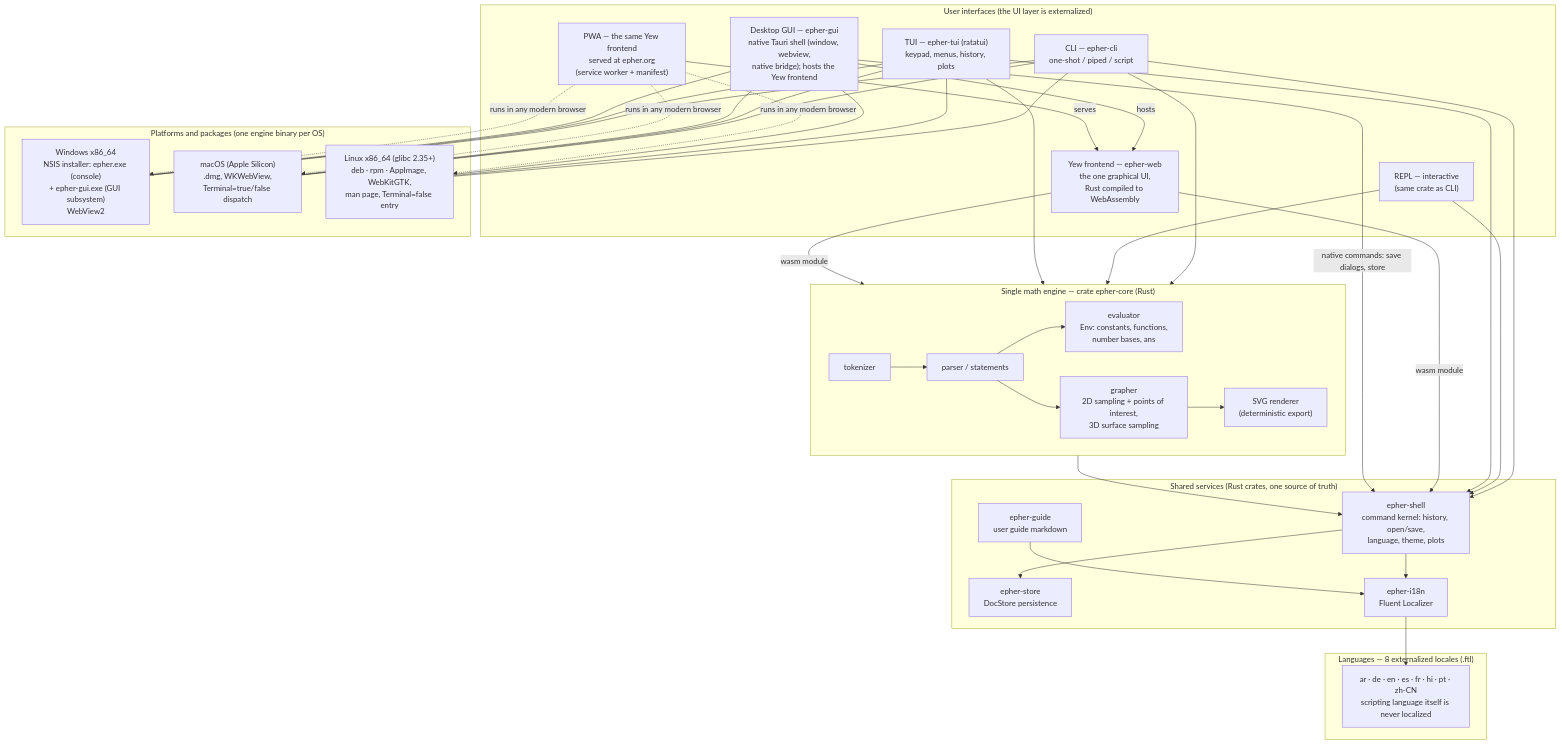
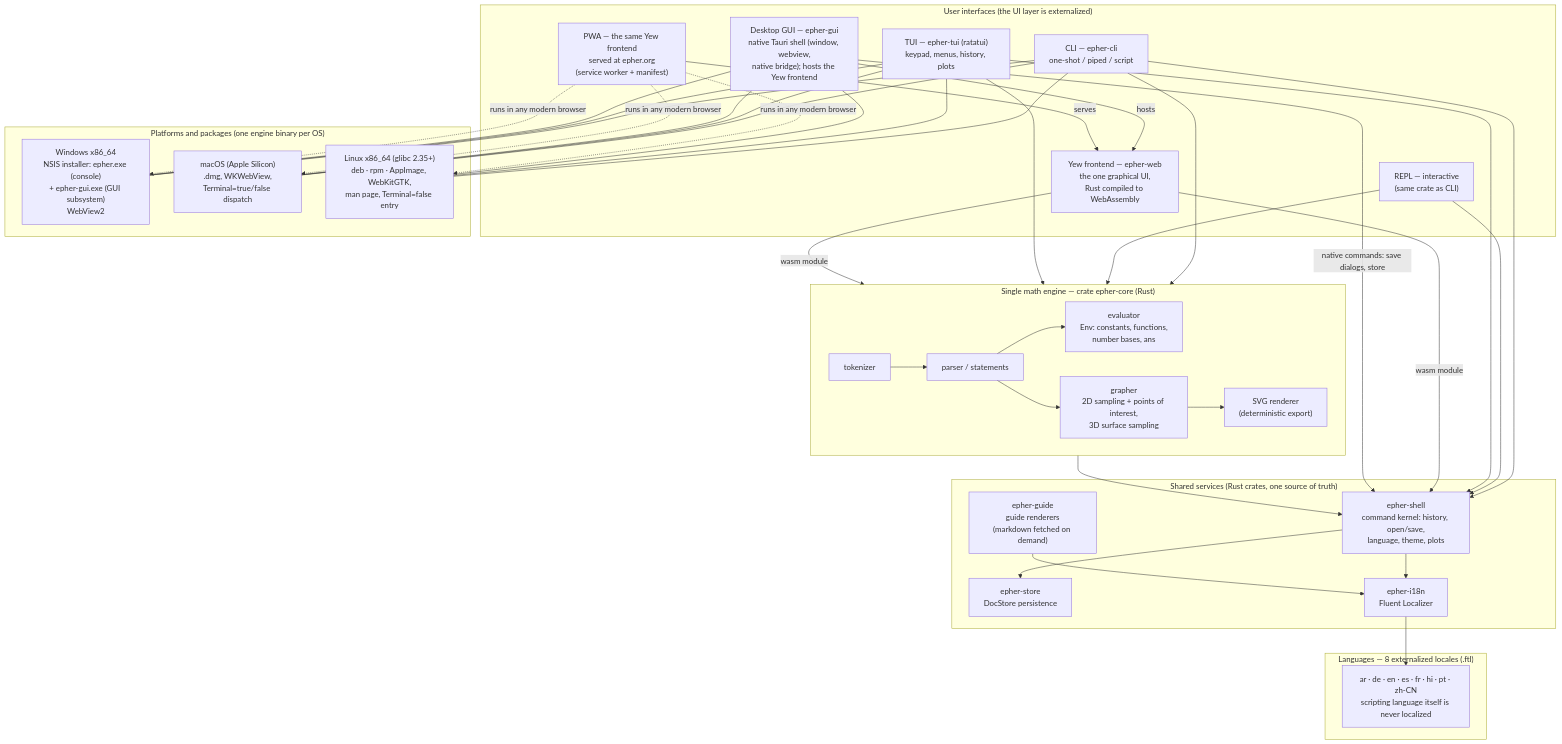
Before and after one commit to upyesp/epher: the first of 2 diagrams in docs/architecture.md, drawn with Mermaid. The commit also changed other lines of this file and 26 other files, not shown here.

First line of the commit message:
feat: crate-reuse ladder and the guide on demand (ADR-0053)

````diff
--- a/docs/architecture.md
+++ b/docs/architecture.md
@@ -14,60 +14,60 @@
 ```mermaid
 flowchart TB
     subgraph engine["Single math engine — crate epher-core (Rust)"]
         direction LR
         LEX["tokenizer"] --> PARSE["parser / statements"]
         PARSE --> EVAL["evaluator<br/>Env: constants, functions,<br/>number bases, ans"]
         PARSE --> GRAPH["grapher<br/>2D sampling + points of interest,<br/>3D surface sampling"]
         GRAPH --> SVG["SVG renderer<br/>(deterministic export)"]
     end
 
     subgraph svc["Shared services (Rust crates, one source of truth)"]
         SHELL["epher-shell<br/>command kernel: history, open/save,<br/>language, theme, plots"]
         STORE["epher-store<br/>DocStore persistence"]
         I18N["epher-i18n<br/>Fluent Localizer"]
-        GUIDE["epher-guide<br/>user guide markdown"]
+        GUIDE["epher-guide<br/>guide renderers<br/>(markdown fetched on demand)"]
     end
 
     subgraph ui["User interfaces (the UI layer is externalized)"]
         CLI["CLI — epher-cli<br/>one-shot / piped / script"]
         REPL["REPL — interactive<br/>(same crate as CLI)"]
         TUI["TUI — epher-tui (ratatui)<br/>keypad, menus, history, plots"]
         WEBAPP["Yew frontend — epher-web<br/>the one graphical UI,<br/>Rust compiled to WebAssembly"]
         GUI["Desktop GUI — epher-gui<br/>native Tauri shell (window, webview,<br/>native bridge); hosts the Yew frontend"]
         PWA["PWA — the same Yew frontend<br/>served at epher.org<br/>(service worker + manifest)"]
     end
 
     subgraph lang["Languages — 8 externalized locales (.ftl)"]
         L8["ar · de · en · es · fr · hi · pt · zh-CN<br/>scripting language itself is never localized"]
     end
 
     subgraph plat["Platforms and packages (one engine binary per OS)"]
         WIN["Windows x86_64<br/>NSIS installer: epher.exe (console)<br/>+ epher-gui.exe (GUI subsystem)<br/>WebView2"]
         MAC["macOS (Apple Silicon)<br/>.dmg, WKWebView,<br/>Terminal=true/false dispatch"]
         LIN["Linux x86_64 (glibc 2.35+)<br/>deb · rpm · AppImage, WebKitGTK,<br/>man page, Terminal=false entry"]
     end
 
     engine --> SHELL
     SHELL --> STORE
     SHELL --> I18N
     I18N --> L8
     GUIDE --> I18N
 
     CLI --> engine
     REPL --> engine
     TUI --> engine
     CLI --> SHELL
     REPL --> SHELL
     TUI --> SHELL
 
     WEBAPP -->|wasm module| engine
     WEBAPP -->|wasm module| SHELL
     GUI -->|hosts| WEBAPP
     PWA -->|serves| WEBAPP
     GUI -->|native commands: save dialogs, store| SHELL
 
     CLI --- WIN & MAC & LIN
     TUI --- WIN & MAC & LIN
     GUI --- WIN & MAC & LIN
     PWA -.->|runs in any modern browser| WIN & MAC & LIN
 ```
````
